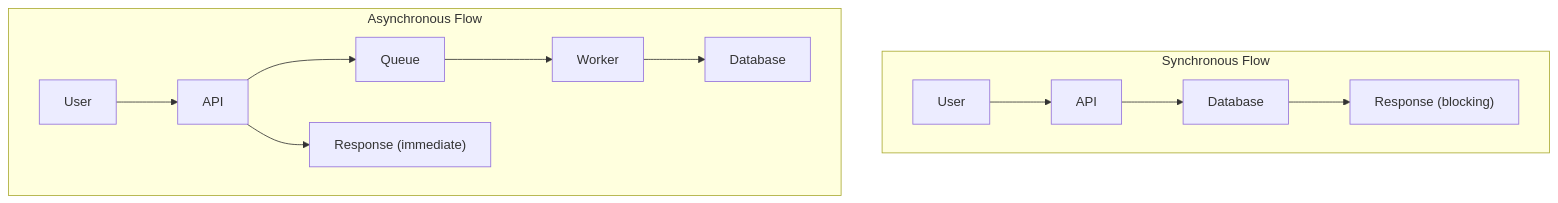
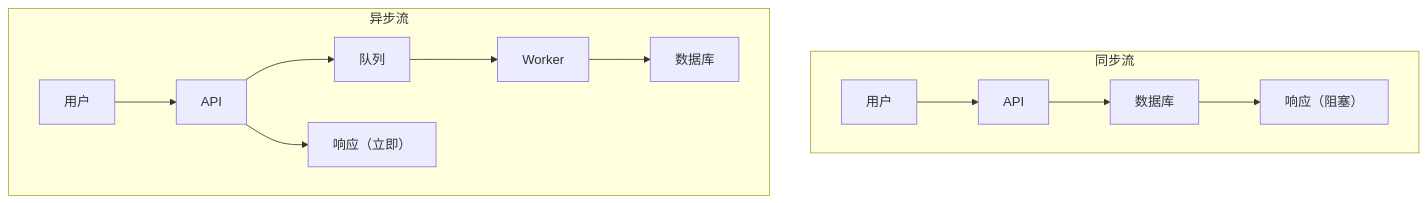
The first of 3 diagrams in references/architecture/architecture-anti-patterns.md (Kirky-X/diting), drawn with Mermaid before and after one commit. The commit also changed other lines of this file and 74 other files, not shown here.

````diff
--- a/references/architecture/architecture-anti-patterns.md
+++ b/references/architecture/architecture-anti-patterns.md
@@ -85,15 +85,15 @@
 ```mermaid
 flowchart TD
-    subgraph Sync["Synchronous Flow"]
-        SUser["User"] --> SAPI["API"]
-        SAPI --> SDB["Database"]
-        SDB --> SResp["Response (blocking)"]
+    subgraph Sync["同步流"]
+        SUser["用户"] --> SAPI["API"]
+        SAPI --> SDB["数据库"]
+        SDB --> SResp["响应（阻塞）"]
     end
-    subgraph Async["Asynchronous Flow"]
-        AUser["User"] --> AAPI["API"]
-        AAPI --> AQueue["Queue"]
-        AAPI --> AResp["Response (immediate)"]
+    subgraph Async["异步流"]
+        AUser["用户"] --> AAPI["API"]
+        AAPI --> AQueue["队列"]
+        AAPI --> AResp["响应（立即）"]
         AQueue --> AWorker["Worker"]
-        AWorker --> ADB["Database"]
+        AWorker --> ADB["数据库"]
     end
 ```
````
